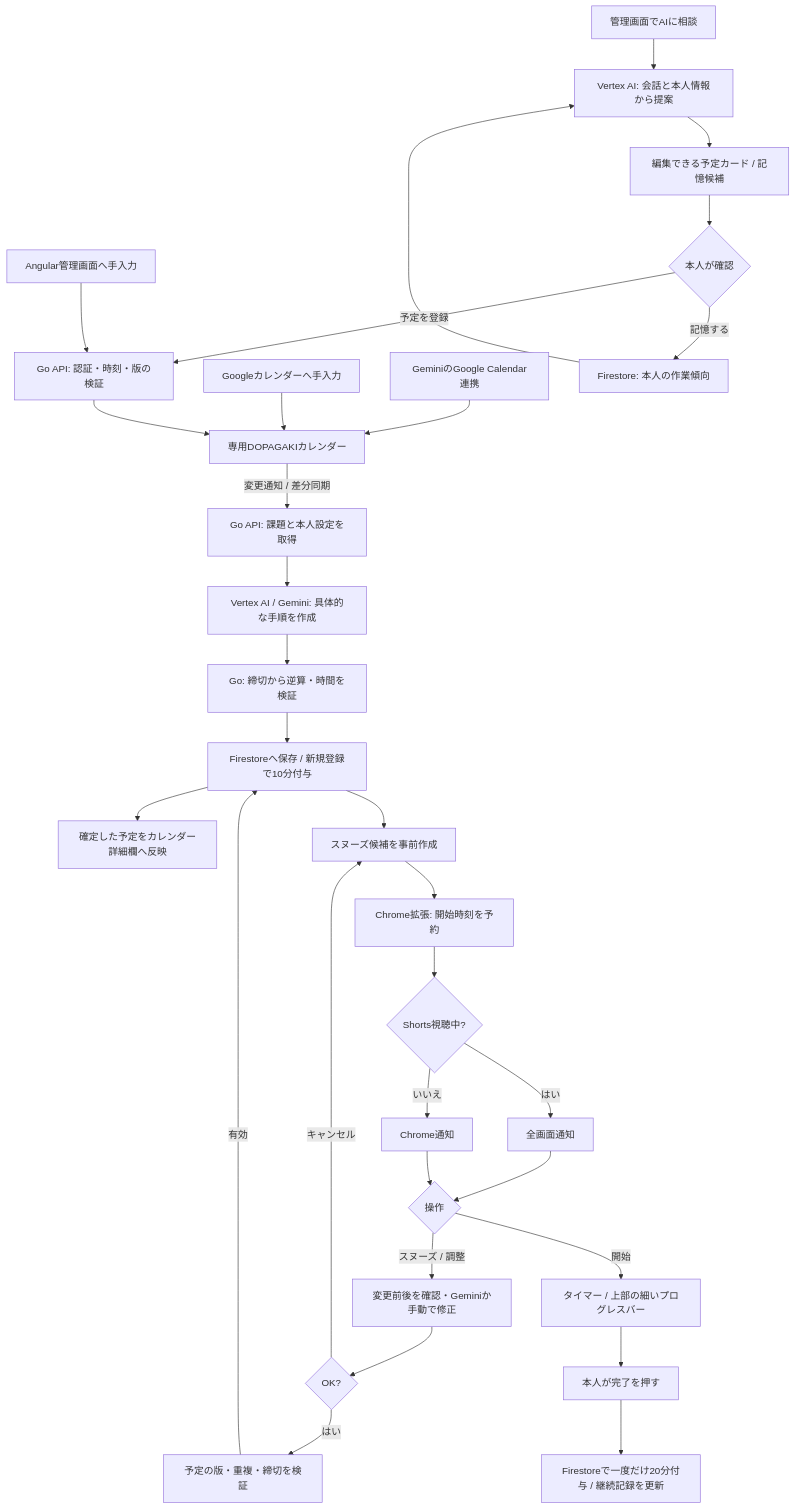
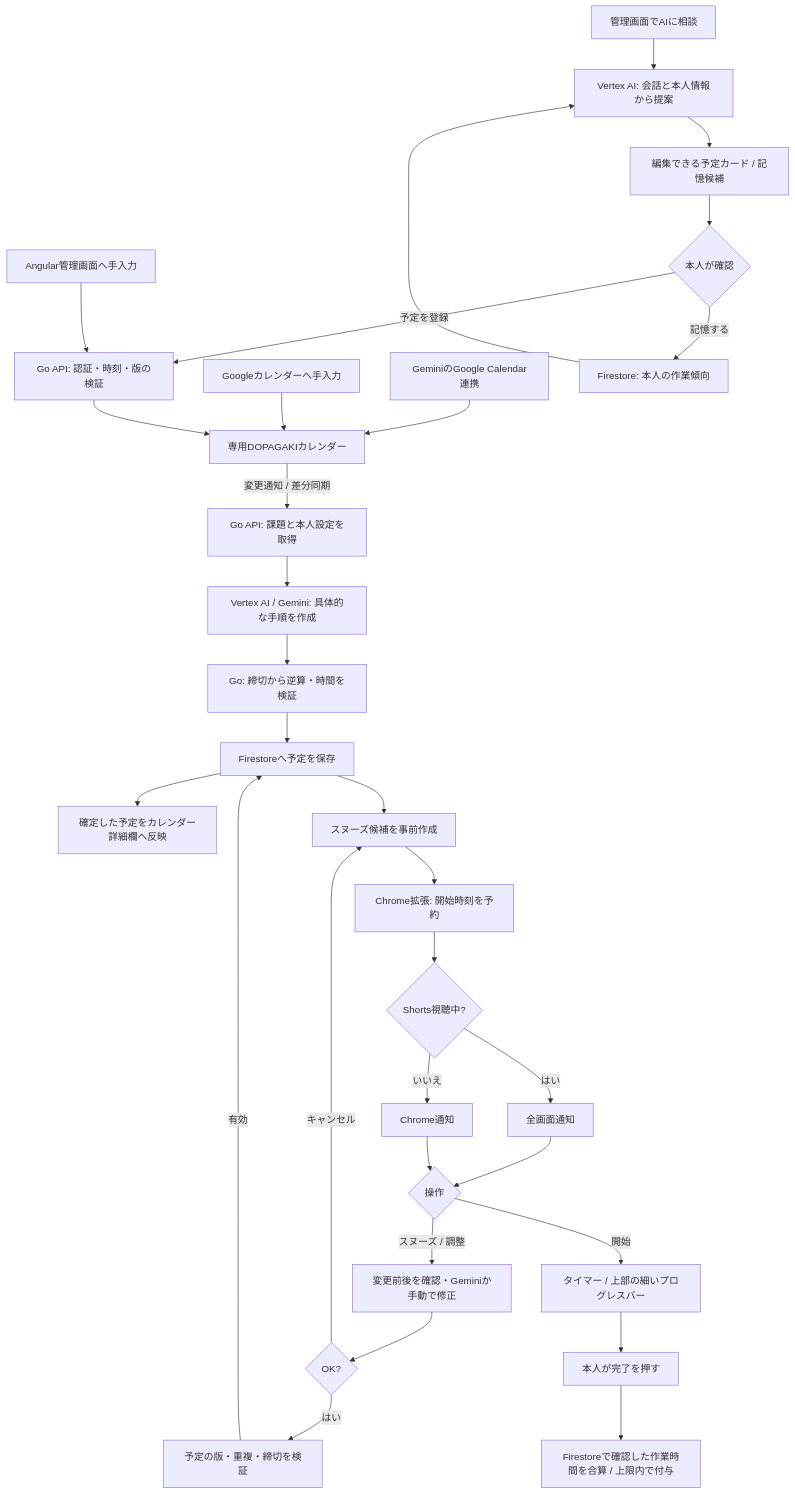
One commit to Devfest-Hackathon-2026/df-2026-t057 changed the diagram in README.md. Above: the diagram before and after it, drawn with Mermaid. The commit also changed other lines of this file and 40 other files, not shown here.

````diff
--- a/README.md
+++ b/README.md
@@ -67,33 +70,33 @@
 ```mermaid
 flowchart TD
   G[GeminiのGoogle Calendar連携] --> C[専用DOPAGAKIカレンダー]
   M[Googleカレンダーへ手入力] --> C
   H[管理画面でAIに相談] --> VAI[Vertex AI: 会話と本人情報から提案]
   VAI --> Card[編集できる予定カード / 記憶候補]
   Card --> Confirm{本人が確認}
   Confirm -->|予定を登録| A[Go API: 認証・時刻・版の検証]
   Confirm -->|記憶する| Memory[Firestore: 本人の作業傾向]
   Memory --> VAI
   W[Angular管理画面へ手入力] --> A
   A --> C
   C -->|変更通知 / 差分同期| S[Go API: 課題と本人設定を取得]
   S --> P[Vertex AI / Gemini: 具体的な手順を作成]
   P --> B[Go: 締切から逆算・時間を検証]
-  B --> F[Firestoreへ保存 / 新規登録で10分付与]
+  B --> F[Firestoreへ予定を保存]
   F --> D[確定した予定をカレンダー詳細欄へ反映]
   F --> R[スヌーズ候補を事前作成]
   R --> E[Chrome拡張: 開始時刻を予約]
   E --> N{Shorts視聴中?}
   N -->|はい| O[全画面通知]
   N -->|いいえ| T[Chrome通知]
   O --> X{操作}
   T --> X
   X -->|スヌーズ / 調整| V[変更前後を確認・Geminiか手動で修正]
   V --> K{OK?}
   K -->|はい| Q[予定の版・重複・締切を検証]
   Q -->|有効| F
   K -->|キャンセル| R
   X -->|開始| I[タイマー / 上部の細いプログレスバー]
   I --> J[本人が完了を押す]
-  J --> L[Firestoreで一度だけ20分付与 / 継続記録を更新]
+  J --> L[Firestoreで確認した作業時間を合算 / 上限内で付与]
 ```
````
